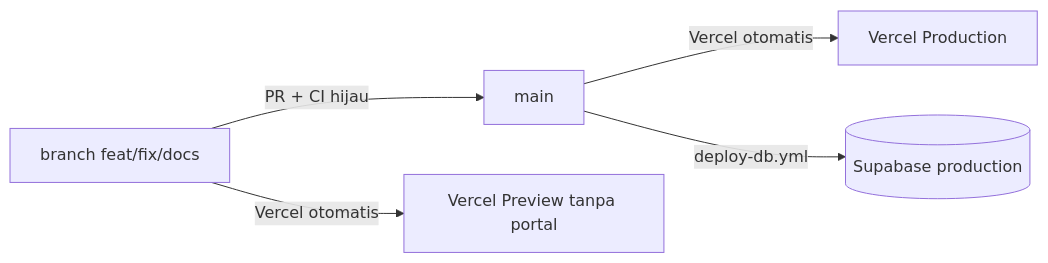
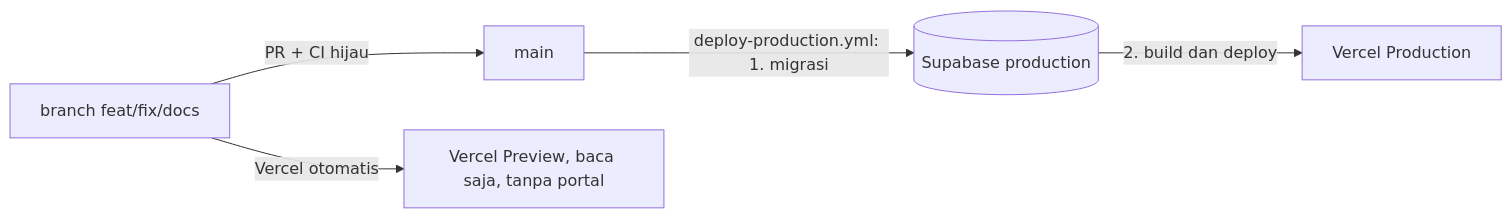
Before and after one commit to kisg-project/kisg-web: the diagram in docs/ci-cd.md, drawn with Mermaid. The commit also changed other lines of this file and 112 other files, not shown here.

````diff
--- a/docs/ci-cd.md
+++ b/docs/ci-cd.md
@@ -7,7 +7,7 @@
 ```mermaid
 flowchart LR
   F[branch feat/fix/docs] -->|PR + CI hijau| M[main]
-  M -->|Vercel otomatis| P[Vercel Production]
-  M -->|deploy-db.yml| DB[(Supabase production)]
-  F -->|Vercel otomatis| PV[Vercel Preview tanpa portal]
+  M -->|deploy-production.yml: 1. migrasi| DB[(Supabase production)]
+  DB -->|2. build dan deploy| P[Vercel Production]
+  F -->|Vercel otomatis| PV[Vercel Preview, baca saja, tanpa portal]
 ```
````
